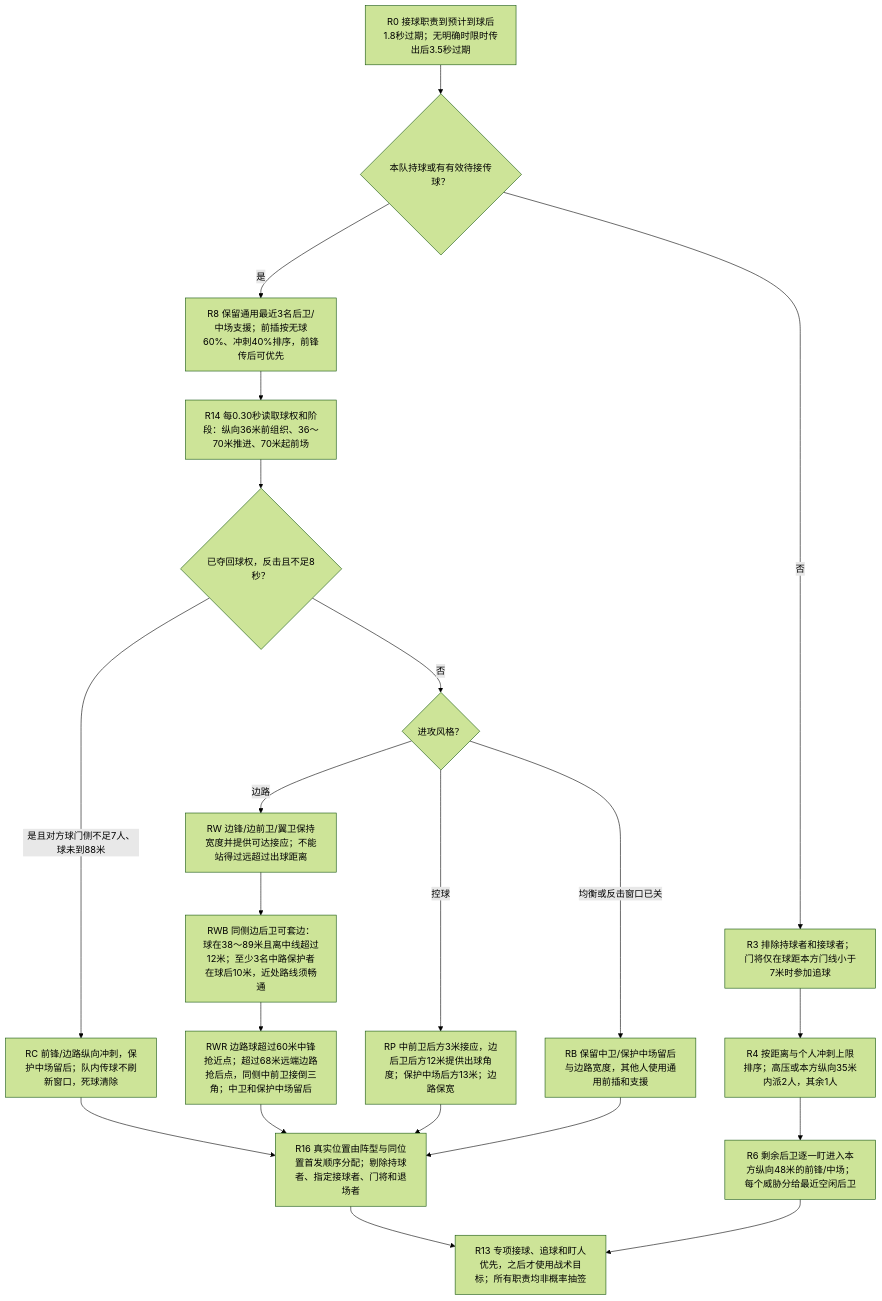
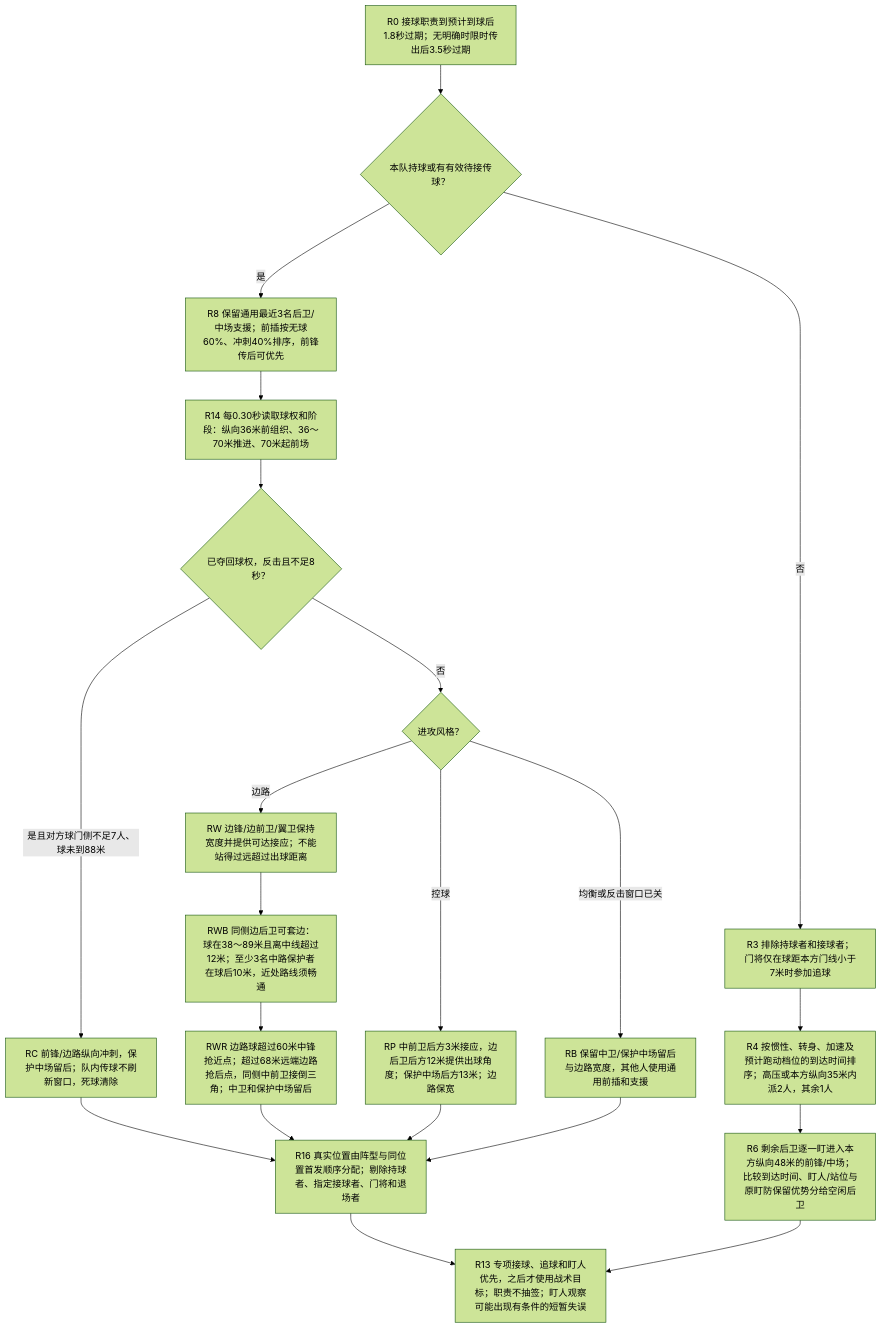
One commit to sixu3575/touchline-manager changed the second of 7 diagrams in packages/shared/modules/matches/design/PLAYER_DECISION_MAP.md. Above: the diagram before and after it, drawn with Mermaid (forest theme). The commit also changed other lines of this file and 34 other files, not shown here.

````diff
--- a/packages/shared/modules/matches/design/PLAYER_DECISION_MAP.md
+++ b/packages/shared/modules/matches/design/PLAYER_DECISION_MAP.md
@@ -58,23 +58,23 @@
 ```mermaid
 flowchart TD
   R0["R0 接球职责到预计到球后1.8秒过期；无明确时限时传出后3.5秒过期"] --> R1{"本队持球或有有效待接传球？"}
   R1 -->|否| R3["R3 排除持球者和接球者；门将仅在球距本方门线小于7米时参加追球"]
-  R3 --> R4["R4 按距离与个人冲刺上限排序；高压或本方纵向35米内派2人，其余1人"]
-  R4 --> R6["R6 剩余后卫逐一盯进入本方纵向48米的前锋/中场；每个威胁分给最近空闲后卫"]
+  R3 --> R4["R4 按惯性、转身、加速及预计跑动档位的到达时间排序；高压或本方纵向35米内派2人，其余1人"]
+  R4 --> R6["R6 剩余后卫逐一盯进入本方纵向48米的前锋/中场；比较到达时间、盯人/站位与原盯防保留优势分给空闲后卫"]
   R1 -->|是| R8["R8 保留通用最近3名后卫/中场支援；前插按无球60%、冲刺40%排序，前锋传后可优先"]
   R8 --> R14["R14 每0.30秒读取球权和阶段：纵向36米前组织、36～70米推进、70米起前场"]
   R14 --> R15{"已夺回球权，反击且不足8秒？"}
   R15 -->|是且对方球门侧不足7人、球未到88米| RC["RC 前锋/边路纵向冲刺，保护中场留后；队内传球不刷新窗口，死球清除"]
   R15 -->|否| RS{"进攻风格？"}
   RS -->|边路| RW["RW 边锋/边前卫/翼卫保持宽度并提供可达接应；不能站得过远超过出球距离"]
   RW --> RWB["RWB 同侧边后卫可套边：球在38～89米且离中线超过12米；至少3名中路保护者在球后10米，近处路线须畅通"]
   RWB --> RWR["RWR 边路球超过60米中锋抢近点；超过68米远端边路抢后点，同侧中前卫接倒三角；中卫和保护中场留后"]
   RS -->|控球| RP["RP 中前卫后方3米接应，边后卫后方12米提供出球角度；保护中场后方13米；边路保宽"]
   RS -->|均衡或反击窗口已关| RB["RB 保留中卫/保护中场留后与边路宽度，其他人使用通用前插和支援"]
   RC --> R16["R16 真实位置由阵型与同位置首发顺序分配；剔除持球者、指定接球者、门将和退场者"]
   RWR --> R16
   RP --> R16
   RB --> R16
-  R16 --> R13["R13 专项接球、追球和盯人优先，之后才使用战术目标；所有职责均非概率抽签"]
+  R16 --> R13["R13 专项接球、追球和盯人优先，之后才使用战术目标；职责不抽签；盯人观察可能出现有条件的短暂失误"]
   R6 --> R13
 ```
````
